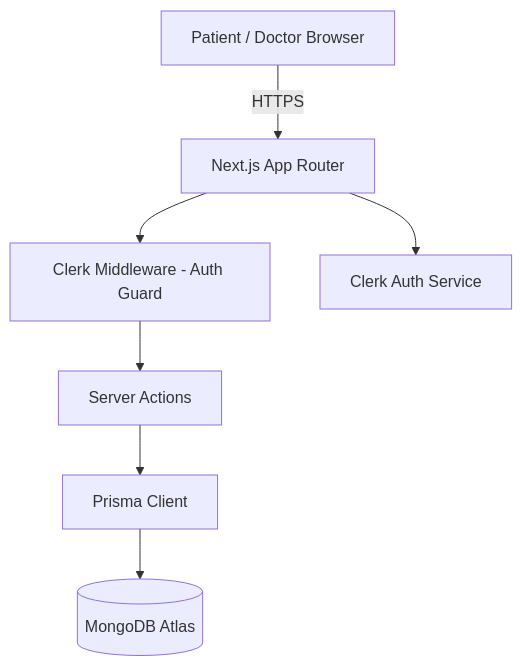
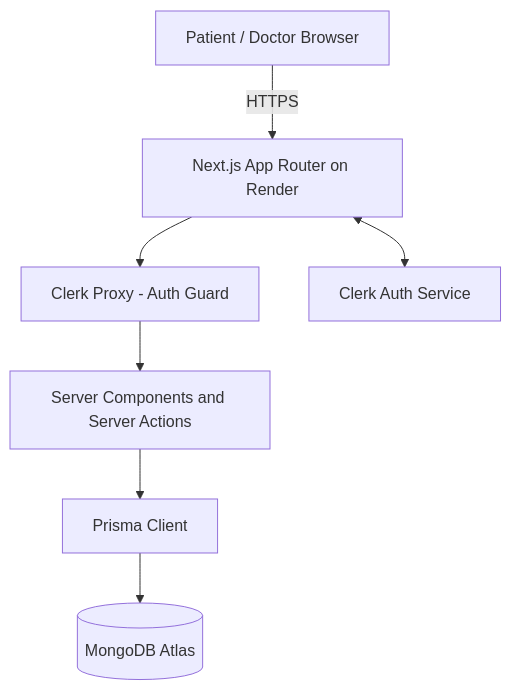
One commit to chetanyapr-sys/mediqueue-pro changed the third of 4 diagrams in README.md. Above: the diagram before and after it, drawn with Mermaid. The commit also changed other lines of this file and 8 other files, not shown here.

````diff
--- a/README.md
+++ b/README.md
@@ -107,9 +208,9 @@
 ```mermaid
 flowchart TD
-    A[Patient / Doctor Browser] -->|HTTPS| B[Next.js App Router]
-    B --> C[Clerk Middleware - Auth Guard]
-    C --> D[Server Actions]
+    A[Patient / Doctor Browser] -->|HTTPS| B[Next.js App Router on Render]
+    B --> C[Clerk Proxy - Auth Guard]
+    C --> D[Server Components and Server Actions]
     D --> E[Prisma Client]
     E --> F[(MongoDB Atlas)]
-    B --> G[Clerk Auth Service]
+    B <--> G[Clerk Auth Service]
 ```
````
